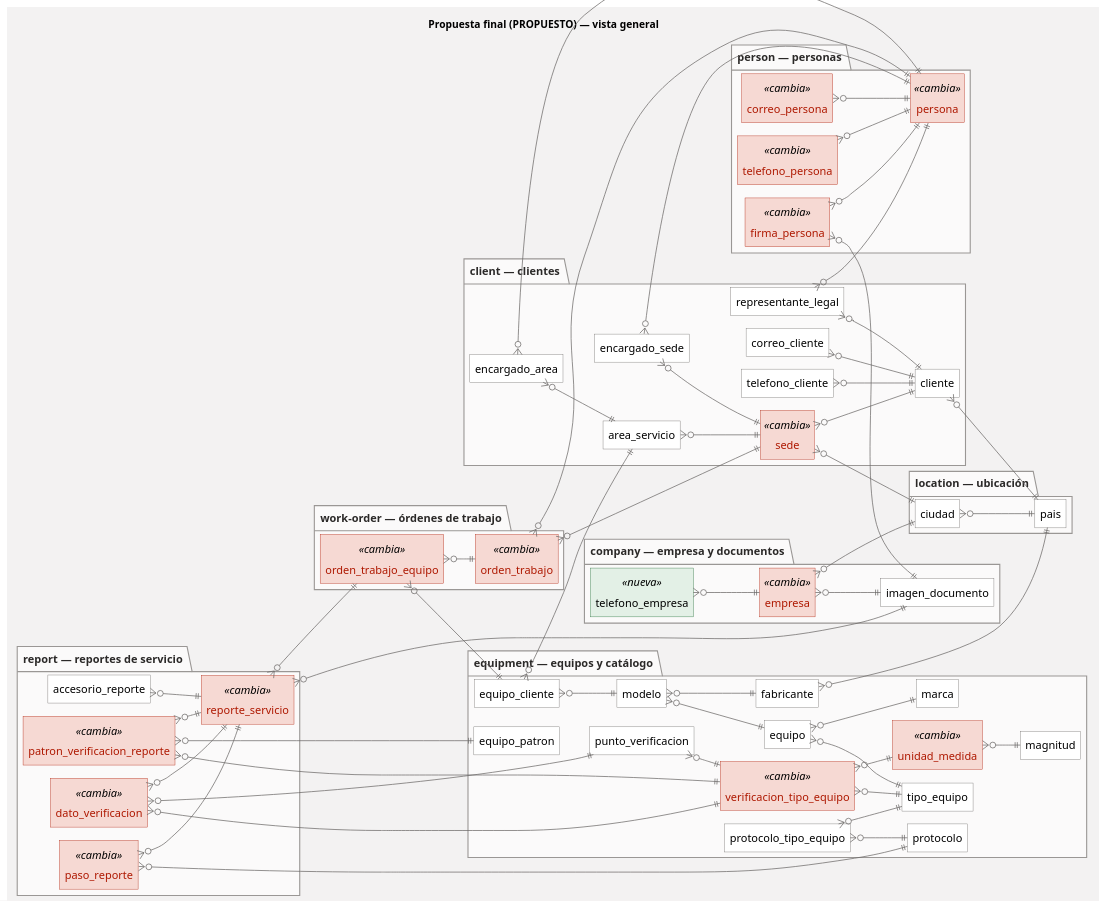
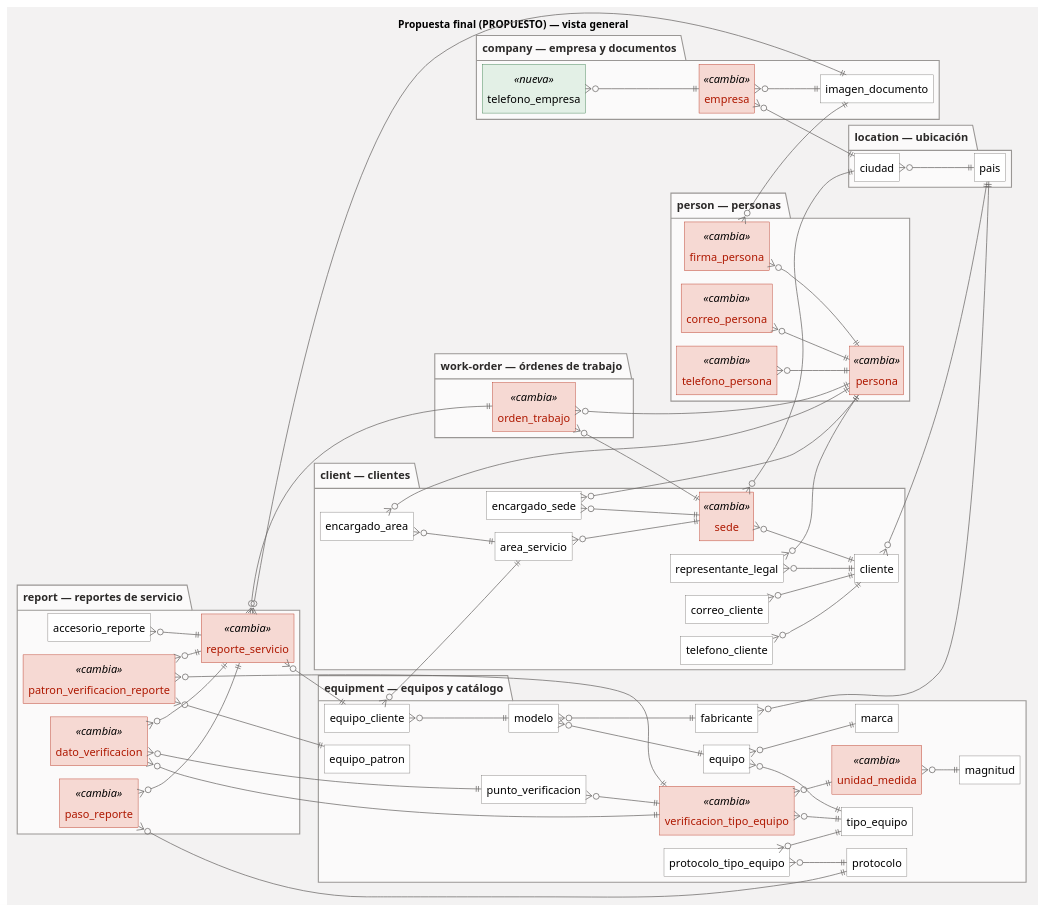
One commit to SeanBol222/MalphasOs changed the diagram in Documentation/DatabaseDesign/refactor-3fn/fuente/plantuml/final-general.puml. Above: the diagram before and after it, drawn with PlantUML. The commit also changed 37 other files, not shown here.

```diff
--- a/Documentation/DatabaseDesign/refactor-3fn/fuente/plantuml/final-general.puml
+++ b/Documentation/DatabaseDesign/refactor-3fn/fuente/plantuml/final-general.puml
@@ -1,147 +1,145 @@
 @startuml final-general
 !pragma layout smetana
 skinparam backgroundColor #F3F2F2
 skinparam defaultFontName Archivo
 skinparam shadowing false
 skinparam linetype ortho
 skinparam roundCorner 0
 skinparam class {
   BackgroundColor #FFFFFF
   BorderColor #6B6866
   ArrowColor #6B6866
   HeaderBackgroundColor #FFFFFF
 }
 skinparam package {
   BackgroundColor #FBFAFA
   BorderColor #9A9795
   FontColor #2B2928
 }
 skinparam class<<retirada>> {
   BackgroundColor #F6D9D3
   BorderColor #AE1800
   HeaderBackgroundColor #F6D9D3
   FontColor #AE1800
 }
 skinparam class<<cambia>> {
   BackgroundColor #F6D9D3
   BorderColor #AE1800
   HeaderBackgroundColor #F6D9D3
   FontColor #AE1800
 }
 skinparam class<<nueva>> {
   BackgroundColor #E3F0E6
   BorderColor #1F6B35
   HeaderBackgroundColor #E3F0E6
 }
 hide circle
 hide methods
 
 skinparam nodesep 70
 skinparam ranksep 90
 skinparam padding 4
 skinparam defaultFontSize 15
 
 left to right direction
 title Propuesta final (PROPUESTO) — vista general
 
 package "person — personas" {
   entity "persona" as persona <<cambia>>
   entity "correo_persona" as correo_persona <<cambia>>
   entity "telefono_persona" as telefono_persona <<cambia>>
   entity "firma_persona" as firma_persona <<cambia>>
 }
 package "location — ubicación" {
   entity "pais" as pais
   entity "ciudad" as ciudad
 }
 package "client — clientes" {
   entity "cliente" as cliente
   entity "correo_cliente" as correo_cliente
   entity "telefono_cliente" as telefono_cliente
   entity "representante_legal" as representante_legal
   entity "sede" as sede <<cambia>>
   entity "area_servicio" as area_servicio
   entity "encargado_sede" as encargado_sede
   entity "encargado_area" as encargado_area
 }
 package "equipment — equipos y catálogo" {
   entity "tipo_equipo" as tipo_equipo
   entity "marca" as marca
   entity "fabricante" as fabricante
   entity "equipo" as equipo
   entity "modelo" as modelo
   entity "equipo_cliente" as equipo_cliente
   entity "magnitud" as magnitud
   entity "unidad_medida" as unidad_medida <<cambia>>
   entity "verificacion_tipo_equipo" as verificacion_tipo_equipo <<cambia>>
   entity "punto_verificacion" as punto_verificacion
   entity "protocolo" as protocolo
   entity "protocolo_tipo_equipo" as protocolo_tipo_equipo
   entity "equipo_patron" as equipo_patron
 }
 package "work-order — órdenes de trabajo" {
   entity "orden_trabajo" as orden_trabajo <<cambia>>
-  entity "orden_trabajo_equipo" as orden_trabajo_equipo <<cambia>>
 }
 package "report — reportes de servicio" {
   entity "reporte_servicio" as reporte_servicio <<cambia>>
   entity "dato_verificacion" as dato_verificacion <<cambia>>
   entity "paso_reporte" as paso_reporte <<cambia>>
   entity "accesorio_reporte" as accesorio_reporte
   entity "patron_verificacion_reporte" as patron_verificacion_reporte <<cambia>>
 }
 package "company — empresa y documentos" {
   entity "empresa" as empresa <<cambia>>
   entity "telefono_empresa" as telefono_empresa <<nueva>>
   entity "imagen_documento" as imagen_documento
 }
 correo_persona }o--|| persona
 telefono_persona }o--|| persona
 ciudad }o--|| pais
 cliente }o--|| pais
 correo_cliente }o--|| cliente
 telefono_cliente }o--|| cliente
 representante_legal }o--|| cliente
 representante_legal }o--|| persona
 sede }o--|| ciudad
 sede }o--|| cliente
 area_servicio }o--|| sede
 fabricante }o--|| pais
 equipo }o--|| marca
 equipo }o--|| tipo_equipo
 modelo }o--|| equipo
 modelo }o--|| fabricante
 equipo_cliente }o--|| area_servicio
 equipo_cliente }o--|| modelo
 orden_trabajo }o--|| persona
-orden_trabajo_equipo }o--|| equipo_cliente
-orden_trabajo_equipo }o--|| orden_trabajo
-reporte_servicio }o--|| orden_trabajo_equipo
 reporte_servicio }o--|| imagen_documento
 dato_verificacion }o--|| punto_verificacion
 dato_verificacion }o--|| reporte_servicio
 dato_verificacion }o--|| verificacion_tipo_equipo
 unidad_medida }o--|| magnitud
 verificacion_tipo_equipo }o--|| tipo_equipo
 punto_verificacion }o--|| verificacion_tipo_equipo
 protocolo_tipo_equipo }o--|| protocolo
 protocolo_tipo_equipo }o--|| tipo_equipo
 paso_reporte }o--|| protocolo
 paso_reporte }o--|| reporte_servicio
 patron_verificacion_reporte }o--|| equipo_patron
 patron_verificacion_reporte }o--|| reporte_servicio
 patron_verificacion_reporte }o--|| verificacion_tipo_equipo
 accesorio_reporte }o--|| reporte_servicio
 firma_persona }o--|| persona
 encargado_sede }o--|| persona
 encargado_sede }o--|| sede
 encargado_area }o--|| area_servicio
 encargado_area }o--|| persona
 empresa }o--|| ciudad
 empresa }o--|| imagen_documento
 telefono_empresa }o--|| empresa
 firma_persona }o--|| imagen_documento
 orden_trabajo }o--|| sede
 verificacion_tipo_equipo }o--|| unidad_medida
+reporte_servicio }o--|| orden_trabajo
+reporte_servicio }o--|| equipo_cliente
 hide members
 @enduml
```
